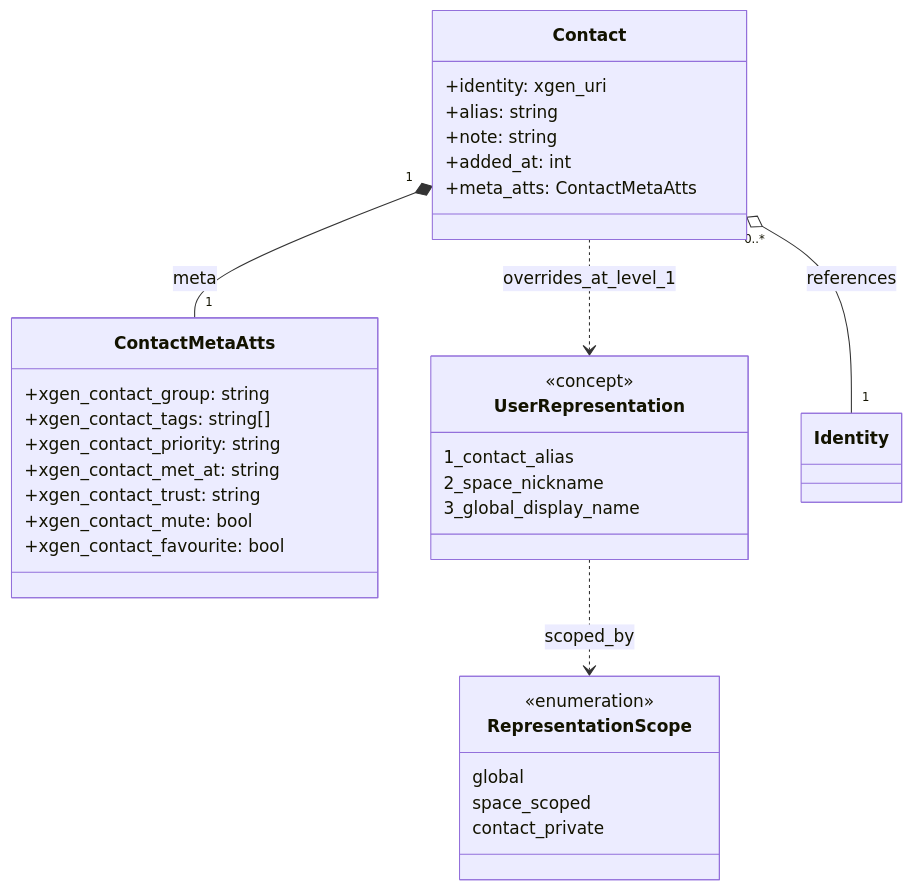
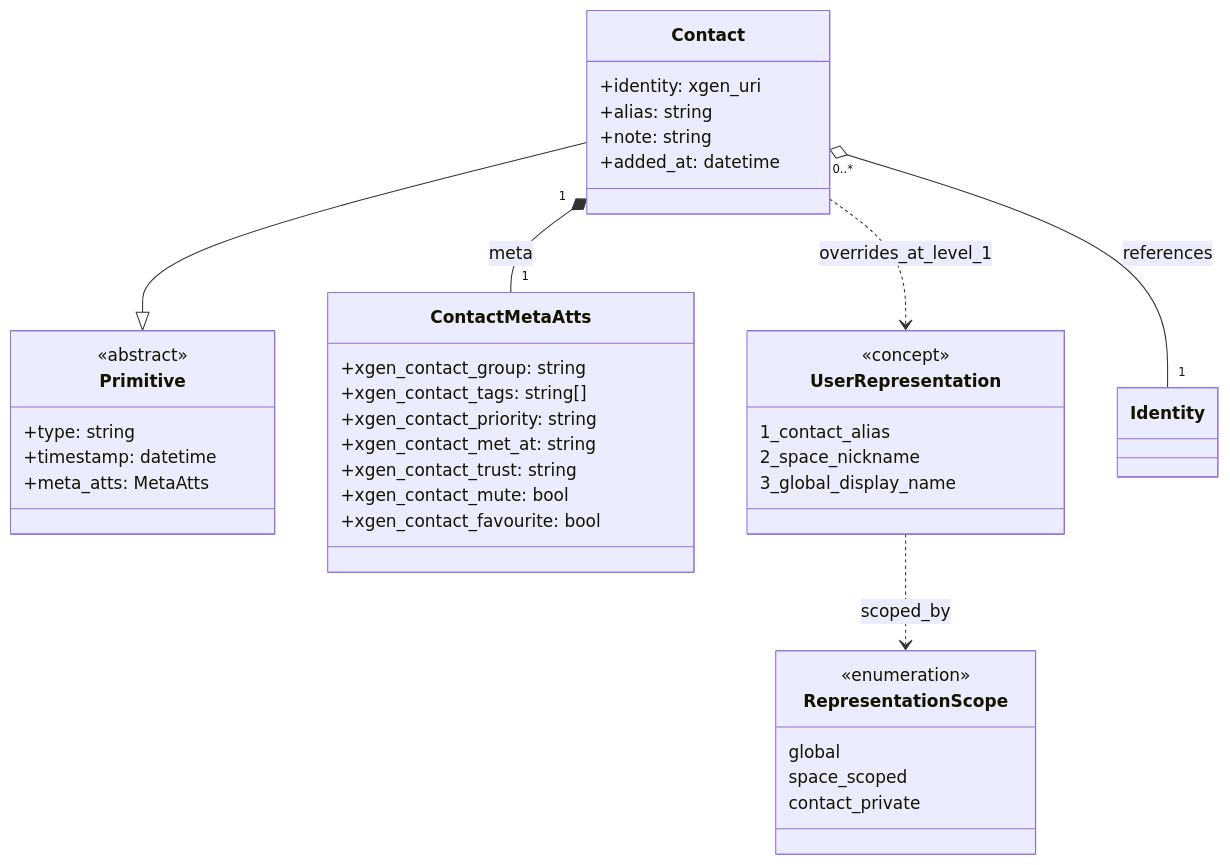
One commit to ianus777/XGenProtocol changed the tenth of 15 diagrams in docs/xgen_appendix_c_en.md. Above: the diagram before and after it, drawn with Mermaid. The commit also changed other lines of this file and 1 other file, not shown here.

````diff
--- a/docs/xgen_appendix_c_en.md
+++ b/docs/xgen_appendix_c_en.md
@@ -693,36 +822,42 @@
 ```mermaid
 classDiagram
+    class Primitive {
+        <<abstract>>
+        +type: string
+        +timestamp: datetime
+        +meta_atts: MetaAtts
+    }
     class Contact {
         +identity: xgen_uri
         +alias: string
         +note: string
-        +added_at: int
-        +meta_atts: ContactMetaAtts
+        +added_at: datetime
     }
     class ContactMetaAtts {
         +xgen_contact_group: string
         +xgen_contact_tags: string[]
         +xgen_contact_priority: string
         +xgen_contact_met_at: string
         +xgen_contact_trust: string
         +xgen_contact_mute: bool
         +xgen_contact_favourite: bool
     }
     class UserRepresentation {
         <<concept>>
         1_contact_alias
         2_space_nickname
         3_global_display_name
     }
     class RepresentationScope {
         <<enumeration>>
         global
         space_scoped
         contact_private
     }
 
+    Contact --|> Primitive
     Contact "1" *-- "1" ContactMetaAtts : meta
     Contact "0..*" o-- "1" Identity : references
     UserRepresentation ..> RepresentationScope : scoped_by
     Contact ..> UserRepresentation : overrides_at_level_1
 ```
````
